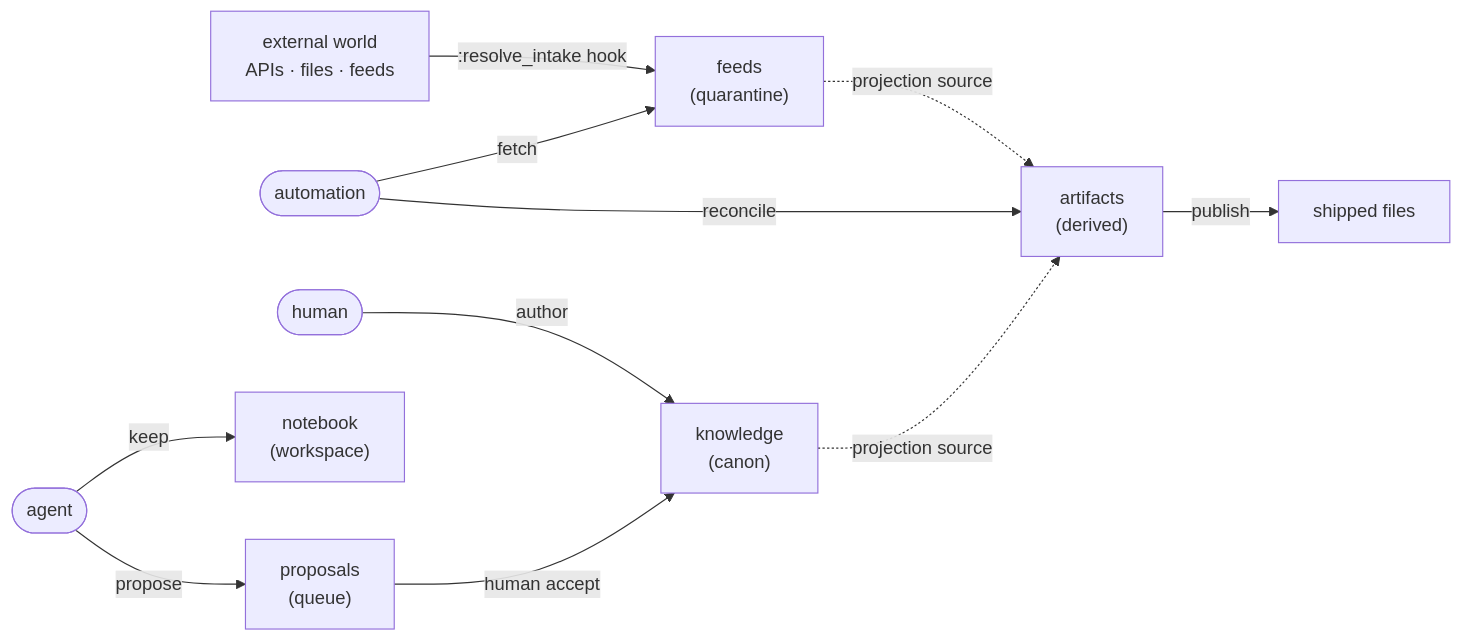
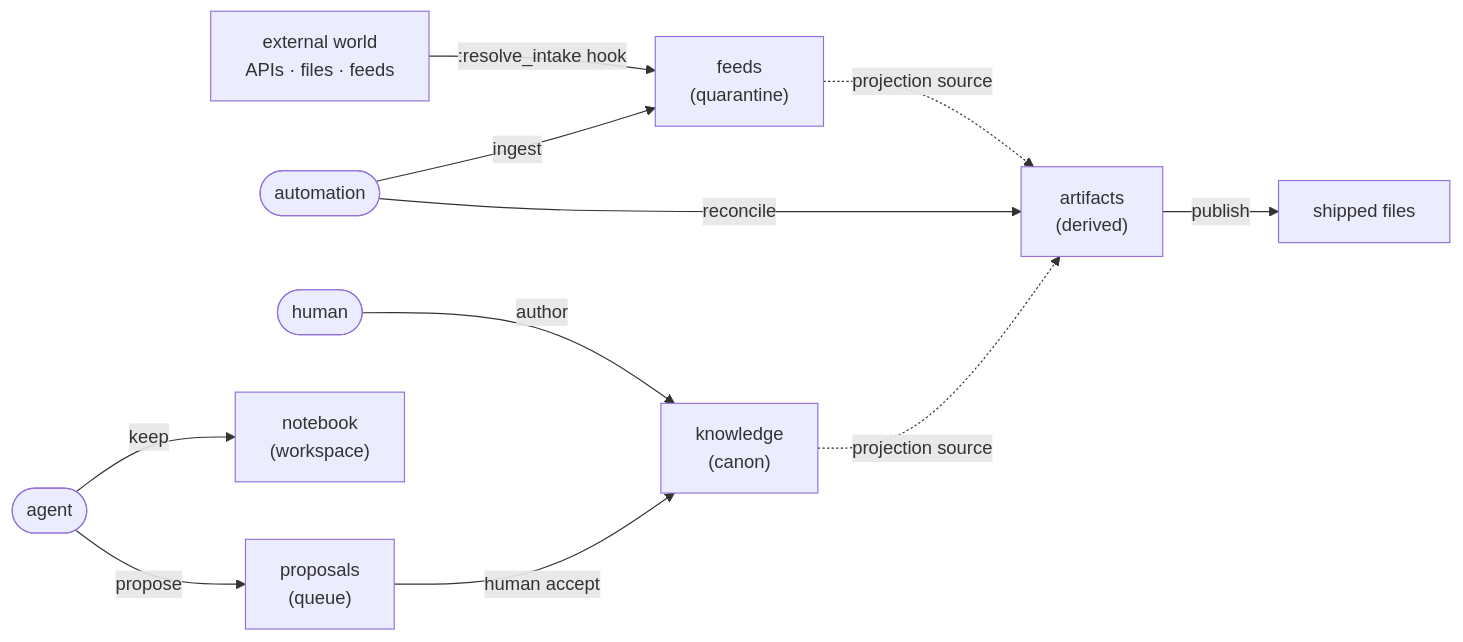
One commit to patrick204nqh/textus changed the first of 2 diagrams in .textus/zones/knowledge/explanation/concepts.md. Above: the diagram before and after it, drawn with Mermaid. The commit also changed other lines of this file and 106 other files, not shown here.

````diff
--- a/.textus/zones/knowledge/explanation/concepts.md
+++ b/.textus/zones/knowledge/explanation/concepts.md
@@ -21,13 +21,13 @@
 ```mermaid
 flowchart LR
     ext["external world<br/>APIs · files · feeds"] -->|:resolve_intake hook| feeds["feeds<br/>(quarantine)"]
-    automation(["automation"]) -->|fetch| feeds
+    automation(["automation"]) -->|ingest| feeds
     human(["human"]) -->|author| knowledge["knowledge<br/>(canon)"]
     agent(["agent"]) -->|keep| notebook["notebook<br/>(workspace)"]
     agent -->|propose| proposals["proposals<br/>(queue)"]
     proposals -->|human accept| knowledge
     automation -->|reconcile| artifacts["artifacts<br/>(derived)"]
     feeds -.->|projection source| artifacts
     knowledge -.->|projection source| artifacts
     artifacts -->|publish| files["shipped files"]
 ```
````
